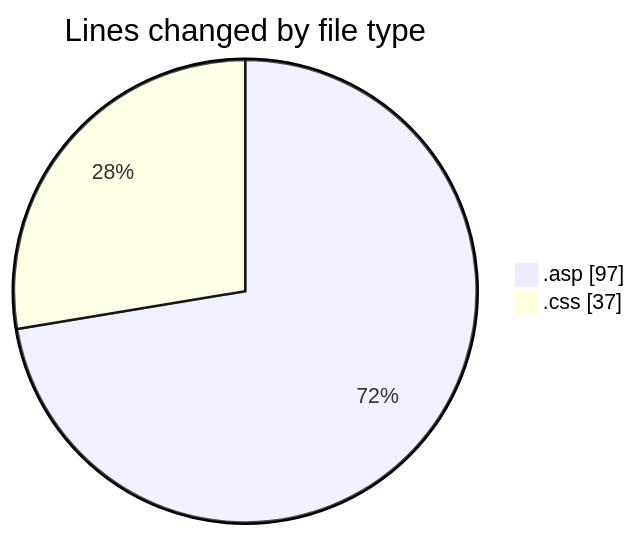
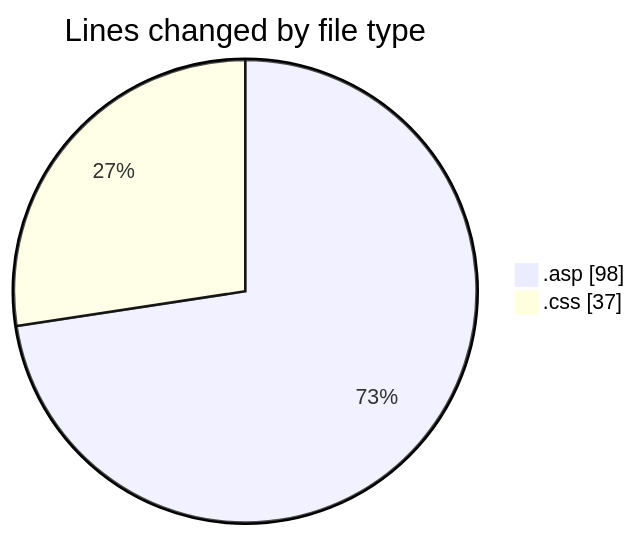
The first of 2 diagrams in 2025-11-02/cdp_aleoudev_fr__workspace_/README.md (julien-gomy/code-tracking), drawn with Mermaid before and after one commit. The commit also changed other lines of this file and 1 other file, not shown here.

````diff
--- a/2025-11-02/cdp_aleoudev_fr__workspace_/README.md
+++ b/2025-11-02/cdp_aleoudev_fr__workspace_/README.md
@@ -23,6 +23,6 @@
 ```mermaid
 pie showData
 title Lines changed by file type
-".asp" : 97
+".asp" : 98
 ".css" : 37
 ```
````
